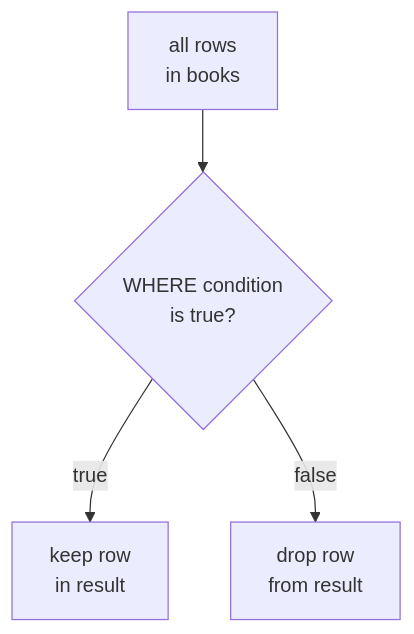
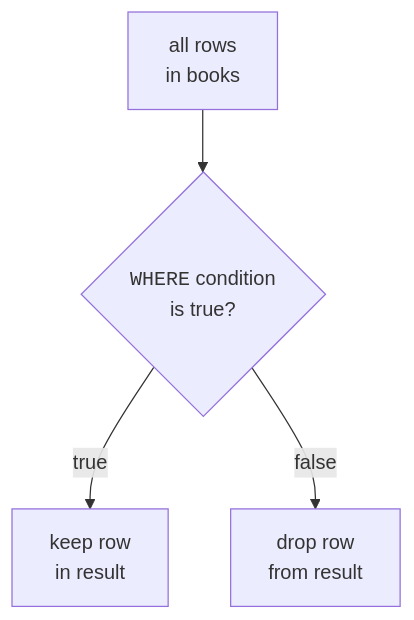
One commit to dataslope/dataslope changed the first of 2 diagrams in content/courses/sqlite-for-beginners/filtering-rows.mdx. Above: the diagram before and after it, drawn with Mermaid. The commit also changed other lines of this file and 283 other files, not shown here.

First line of the commit message:
Diagrams as elements, not characters: fix the box model, sweep the corpus, and make syntax breakdowns a convention (#652)

````diff
--- a/content/courses/sqlite-for-beginners/filtering-rows.mdx
+++ b/content/courses/sqlite-for-beginners/filtering-rows.mdx
@@ -29,6 +39,6 @@
 ```mermaid
 flowchart TD
-    A["all rows<br/>in books"] --> W{"WHERE condition<br/>is true?"}
+    A["all rows<br/>in books"] --> W{"<code>WHERE</code> condition<br/>is true?"}
     W -->|"true"| K["keep row<br/>in result"]
     W -->|"false"| D["drop row<br/>from result"]
 ```
````
